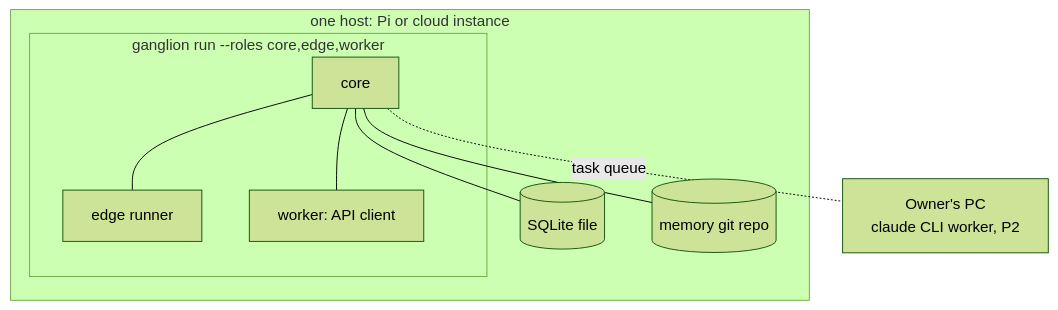
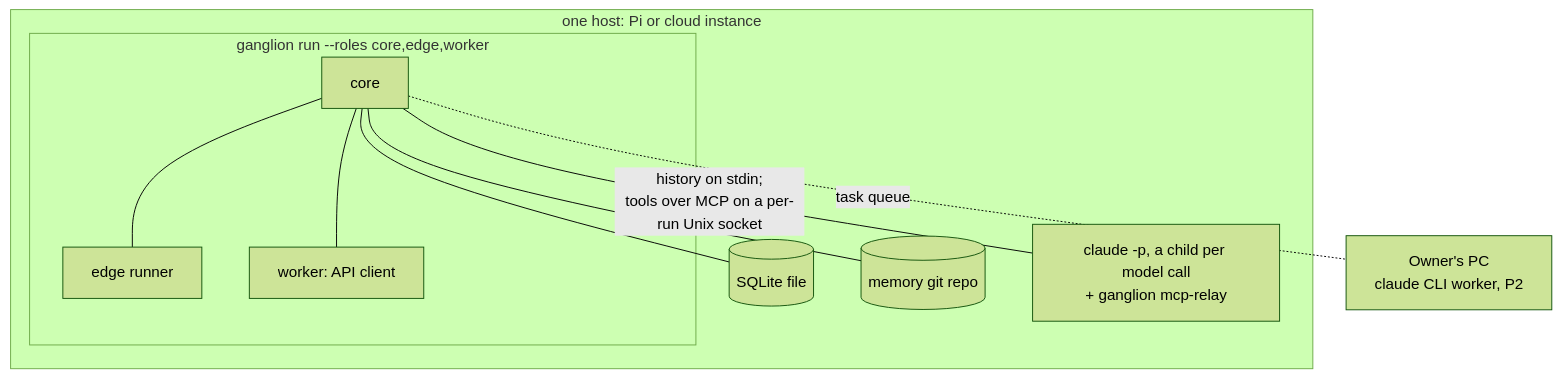
The second of 3 diagrams in docs/architecture/02-containers.md (igorrius/ganglion), drawn with Mermaid (forest theme) before and after one commit. The commit also changed other lines of this file and 32 other files, not shown here.

````diff
--- a/docs/architecture/02-containers.md
+++ b/docs/architecture/02-containers.md
@@ -65,18 +67,20 @@
 ```mermaid
 flowchart TB
     subgraph host["one host: Pi or cloud instance"]
         subgraph proc["ganglion run --roles core,edge,worker"]
             c["core"]
             e["edge runner"]
             w["worker: API client"]
         end
         db[("SQLite file")]
         repo[("memory git repo")]
+        cl["claude -p, a child per model call<br/>+ ganglion mcp-relay"]
     end
     pc["Owner's PC<br/>claude CLI worker, P2"]
     c --- e
     c --- w
     c --- db
     c --- repo
+    c -- "history on stdin;<br/>tools over MCP on a per-run Unix socket" --- cl
     c -. "task queue" .- pc
 ```
````
